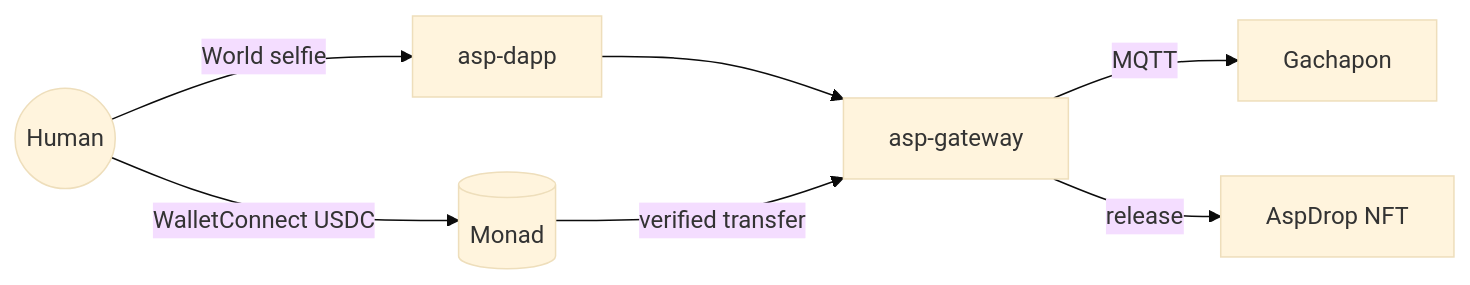
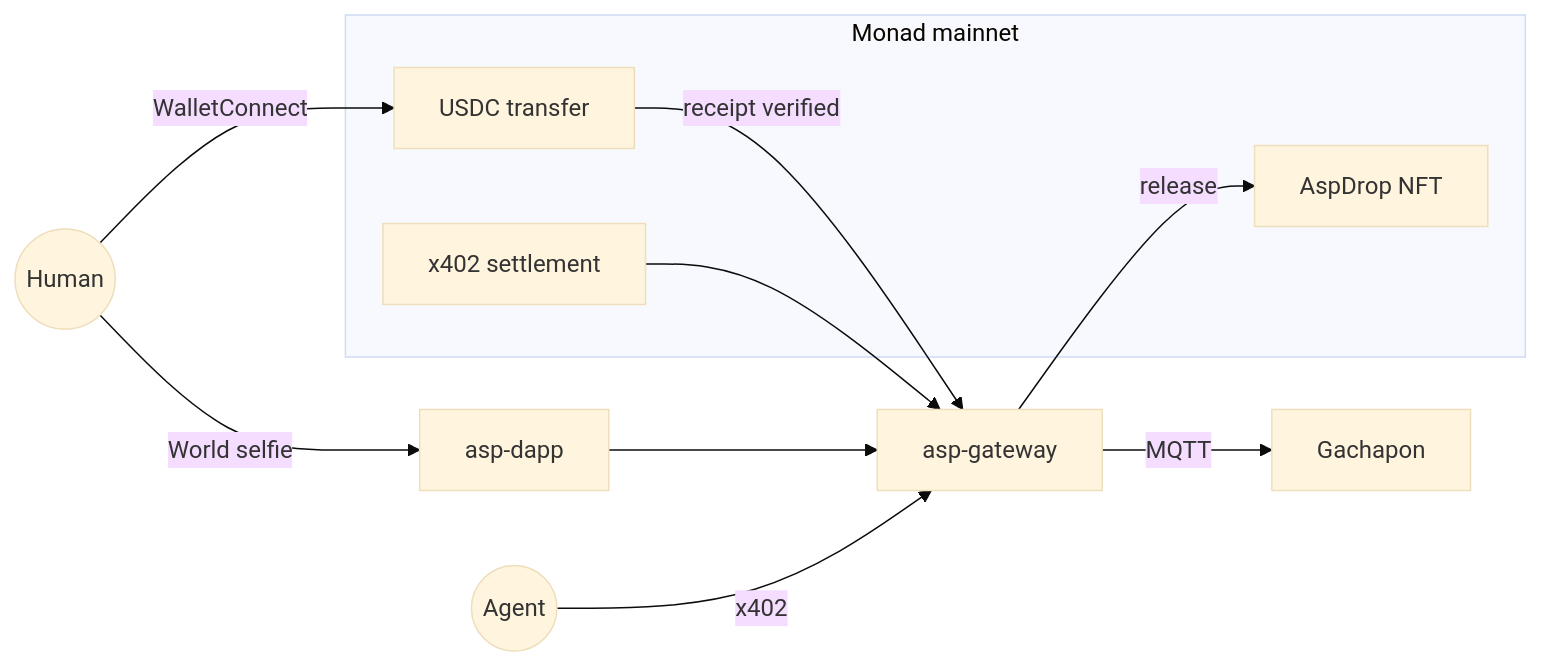
The first of 2 diagrams in README.md (altaga/Asp), drawn with Mermaid (base theme) before and after one commit. The commit also changed other lines of this file, not shown here.

Commit message:
README leads with Monad: on-chain pay check, AspDrop and x402 settlement up top, World guards the door

````diff
--- a/README.md
+++ b/README.md
@@ -102,9 +136,18 @@
 ```mermaid
 flowchart LR
   Human((Human)) -->|World selfie| Dapp[asp-dapp]
-  Human -->|WalletConnect USDC| Monad[(Monad)]
   Dapp --> GW[asp-gateway]
-  Monad -->|verified transfer| GW
+  Agent((Agent)) -->|x402| GW
+
+  subgraph Monad["Monad mainnet"]
+    USDC[USDC transfer]
+    X402[x402 settlement]
+    Drop[AspDrop NFT]
+  end
+
+  Human -->|WalletConnect| USDC
+  USDC -->|receipt verified| GW
+  X402 --> GW
+  GW -->|release| Drop
   GW -->|MQTT| Motor[Gachapon]
-  GW -->|release| Drop[AspDrop NFT]
 ```
````
